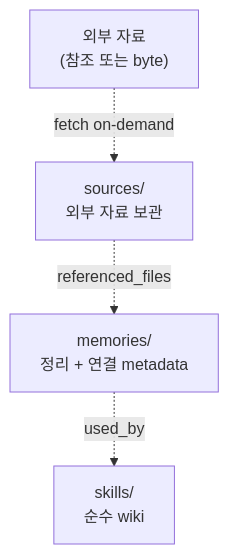
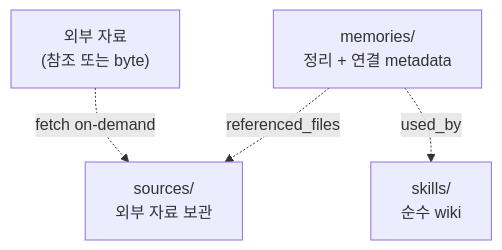
Before and after one commit to choesimin/choesimin.github.io: the second of 2 diagrams in collections/_notes/ai/llm-wiki/as-skill.md, drawn with Mermaid. The commit also changed other lines of this file, not shown here.

````diff
--- a/collections/_notes/ai/llm-wiki/as-skill.md
+++ b/collections/_notes/ai/llm-wiki/as-skill.md
@@ -124,11 +129,11 @@
 ```mermaid
 graph TB
     external["외부 자료<br>(참조 또는 byte)"]
     sources["sources/<br>외부 자료 보관"]
     memories["memories/<br>정리 + 연결 metadata"]
     skills["skills/<br>순수 wiki"]
 
     external -.fetch on-demand.-> sources
-    sources -.referenced_files.-> memories
+    memories -.referenced_files.-> sources
     memories -.used_by.-> skills
 ```
````
